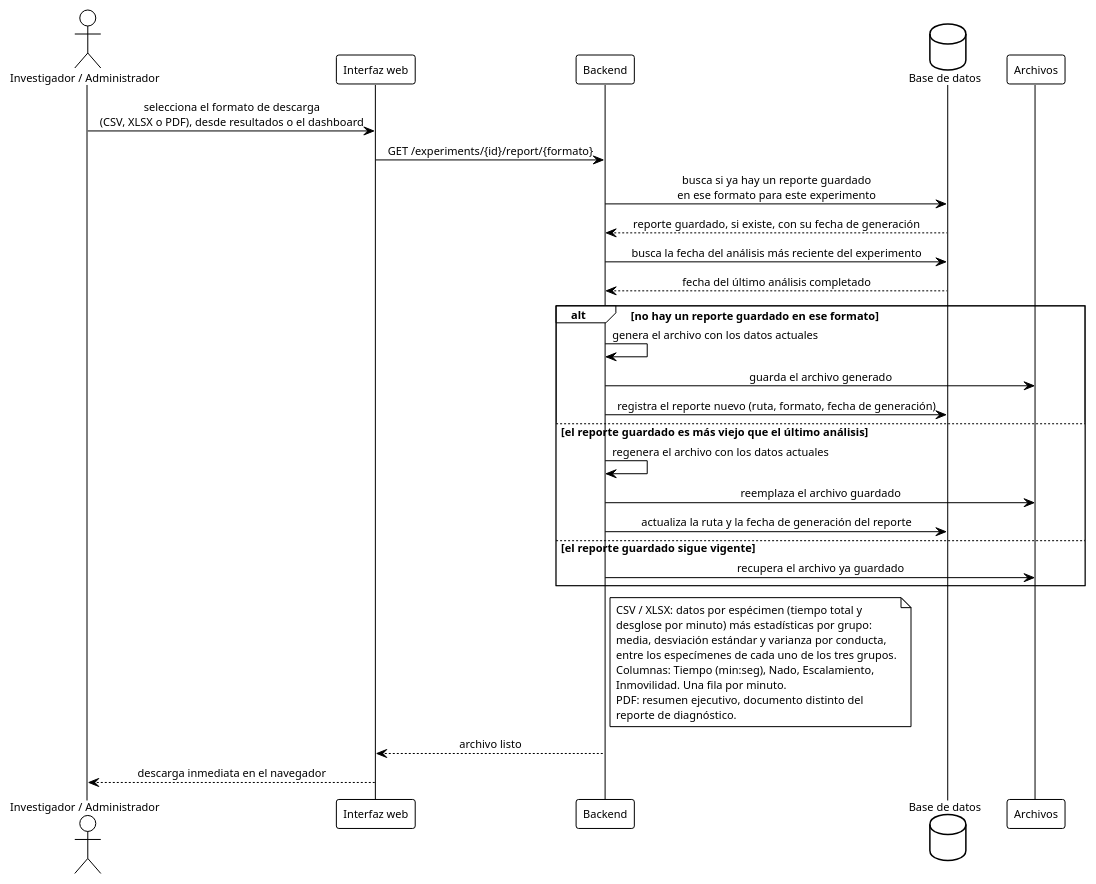
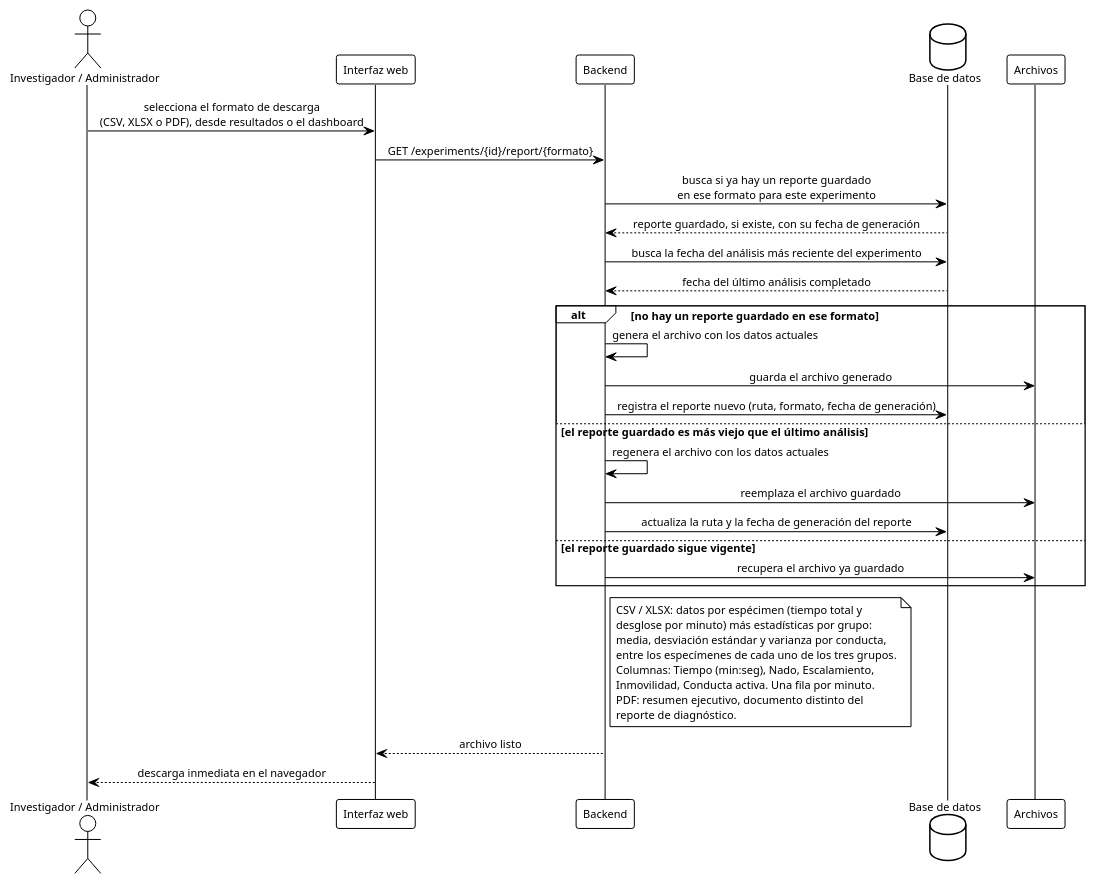
Diagram 36 of 38 in INSTRUCCIONES-WEB.md (ErickJester/fst-ai-system-latex), drawn with PlantUML before and after one commit. The commit also changed other lines of this file and 9 other files, not shown here.

````diff
--- a/INSTRUCCIONES-WEB.md
+++ b/INSTRUCCIONES-WEB.md
@@ -2388,48 +2387,48 @@
 ```plantuml
 @startuml seq_descarga_reportes
 !theme plain
 skinparam defaultFontName Arial
 skinparam defaultFontSize 11
 skinparam shadowing false
 skinparam sequenceMessageAlign center
 skinparam BoxPadding 10
 actor "Investigador / Administrador" as inv
 participant "Interfaz web" as ui
 participant Backend as api
 database "Base de datos" as db
 participant "Archivos" as fs
 
 inv -> ui: selecciona el formato de descarga\n(CSV, XLSX o PDF), desde resultados o el dashboard
 ui -> api: GET /experiments/{id}/report/{formato}
 api -> db: busca si ya hay un reporte guardado\nen ese formato para este experimento
 db --> api: reporte guardado, si existe, con su fecha de generación
 api -> db: busca la fecha del análisis más reciente del experimento
 db --> api: fecha del último análisis completado
 
 alt no hay un reporte guardado en ese formato
   api -> api: genera el archivo con los datos actuales
   api -> fs: guarda el archivo generado
   api -> db: registra el reporte nuevo (ruta, formato, fecha de generación)
 else el reporte guardado es más viejo que el último análisis
   api -> api: regenera el archivo con los datos actuales
   api -> fs: reemplaza el archivo guardado
   api -> db: actualiza la ruta y la fecha de generación del reporte
 else el reporte guardado sigue vigente
   api -> fs: recupera el archivo ya guardado
 end
 
 note right of api
   CSV / XLSX: datos por espécimen (tiempo total y
   desglose por minuto) más estadísticas por grupo:
   media, desviación estándar y varianza por conducta,
   entre los especímenes de cada uno de los tres grupos.
   Columnas: Tiempo (min:seg), Nado, Escalamiento,
-  Inmovilidad. Una fila por minuto.
+  Inmovilidad, Conducta activa. Una fila por minuto.
   PDF: resumen ejecutivo, documento distinto del
   reporte de diagnóstico.
 end note
 
 api --> ui: archivo listo
 ui --> inv: descarga inmediata en el navegador
 @enduml
 ```
````
